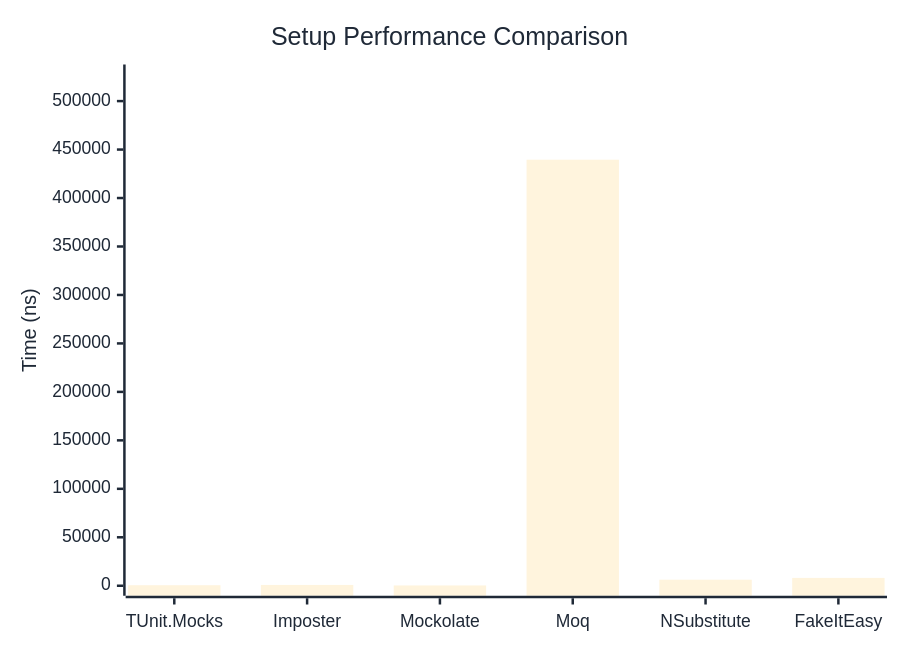
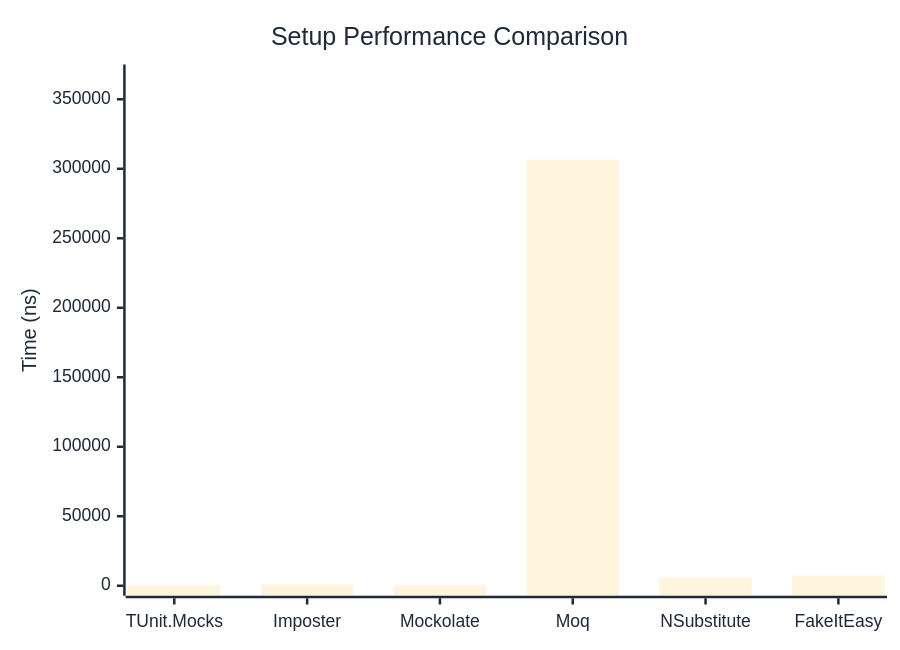
One commit to thomhurst/TUnit changed the first of 2 diagrams in docs/docs/benchmarks/mocks/Setup.md. Above: the diagram before and after it, drawn with Mermaid. The commit also changed other lines of this file and 14 other files, not shown here.

````diff
--- a/docs/docs/benchmarks/mocks/Setup.md
+++ b/docs/docs/benchmarks/mocks/Setup.md
@@ -30,27 +30,27 @@
 ```mermaid
 %%{init: {
   'theme':'base',
   'themeVariables': {
     'primaryColor': '#2563eb',
     'primaryTextColor': '#1f2937',
     'primaryBorderColor': '#1e40af',
     'lineColor': '#6b7280',
     'secondaryColor': '#7c3aed',
     'tertiaryColor': '#dc2626',
     'background': '#ffffff',
     'pie1': '#2563eb',
     'pie2': '#7c3aed',
     'pie3': '#dc2626',
     'pie4': '#f59e0b',
     'pie5': '#10b981',
     'pie6': '#06b6d4',
     'pie7': '#ec4899',
     'pie8': '#6366f1'
   }
 }}%%
 xychart-beta
   title "Setup Performance Comparison"
   x-axis ["TUnit.Mocks", "Imposter", "Mockolate", "Moq", "NSubstitute", "FakeItEasy"]
-  y-axis "Time (ns)" 0 --> 527436
-  bar [545.2, 849.8, 323.3, 439529.6, 6234.2, 8091.1]
+  y-axis "Time (ns)" 0 --> 367835
+  bar [582.2, 870.7, 342.5, 306528.9, 6228.6, 7407.9]
 ```
````
